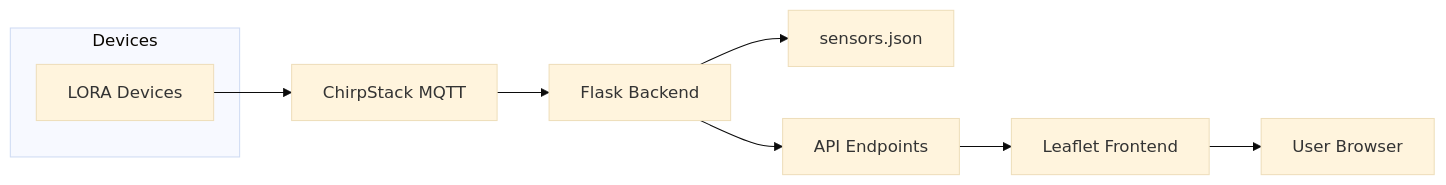
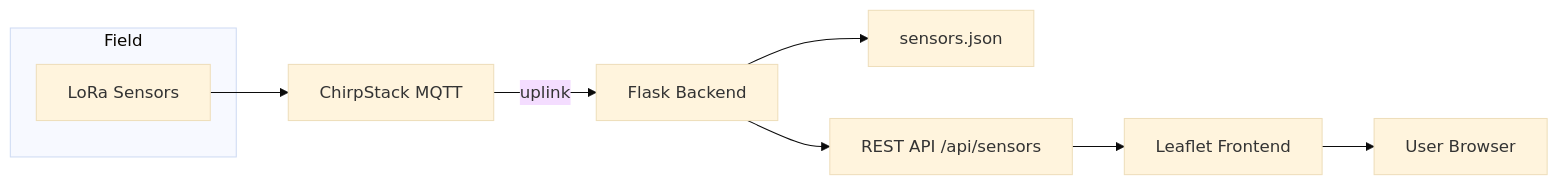
The diagram in README.md (aalexanderfc/Lora-Map-Dashboard), drawn with Mermaid (base theme) before and after one commit. The commit also changed other lines of this file, not shown here.

````diff
--- a/README.md
+++ b/README.md
@@ -43,12 +52,12 @@
 ```mermaid
-flowchart LR
-  subgraph Devices
-    A[LORA Devices]
-  end
-  A-->B[ChirpStack MQTT]
-  B-->C[Flask Backend]
-  C-->D[sensors.json]
-  C-->E[API Endpoints]
-  E-->F[Leaflet Frontend]
-  F-->G[User Browser]
+graph LR
+    subgraph Field
+        A[LoRa Sensors]
+    end
+    A --> B[ChirpStack MQTT]
+    B -->|uplink| C[Flask Backend]
+    C --> D[sensors.json]
+    C --> E[REST API /api/sensors]
+    E --> F[Leaflet Frontend]
+    F --> G[User Browser]
 ```
````
